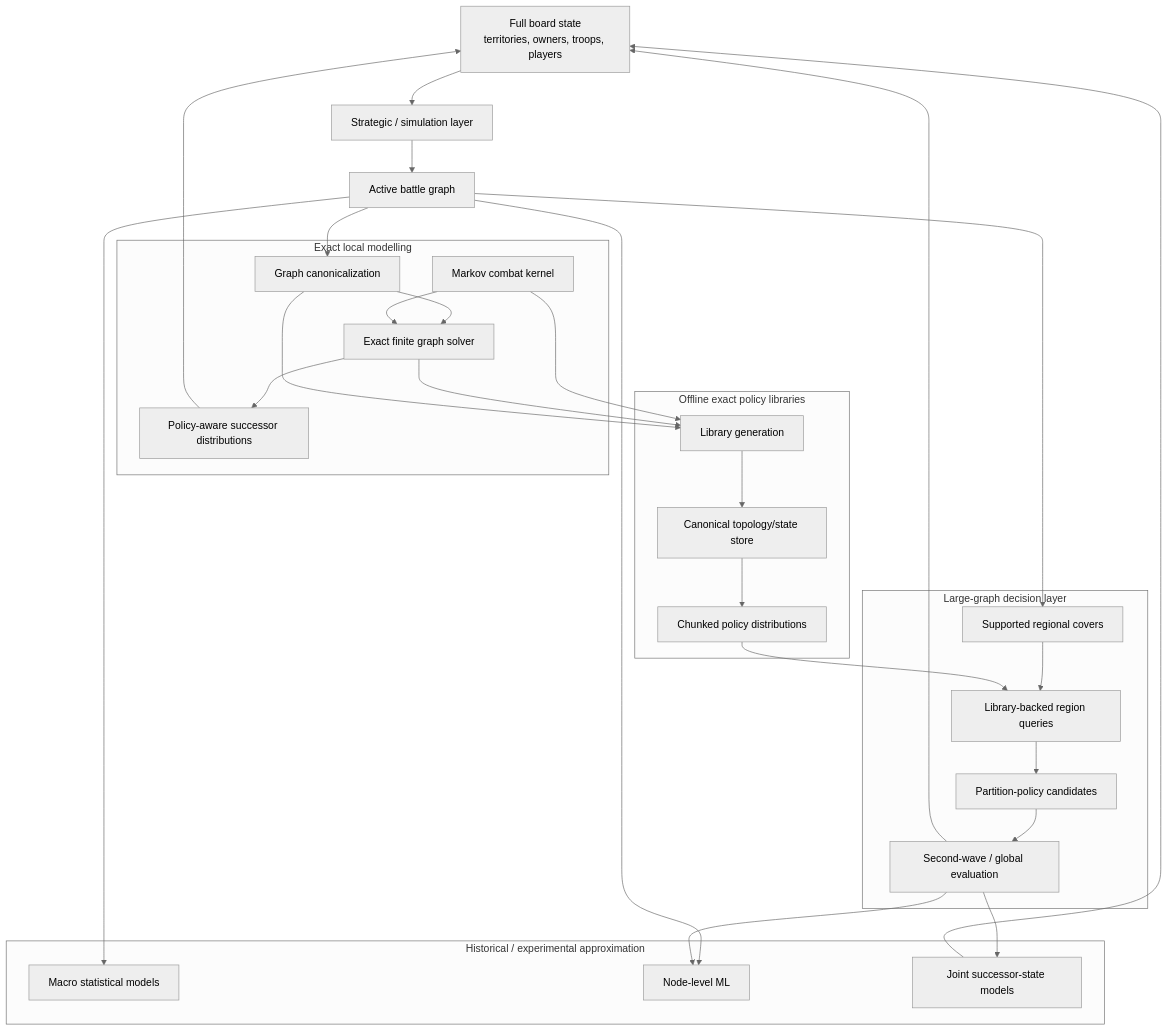
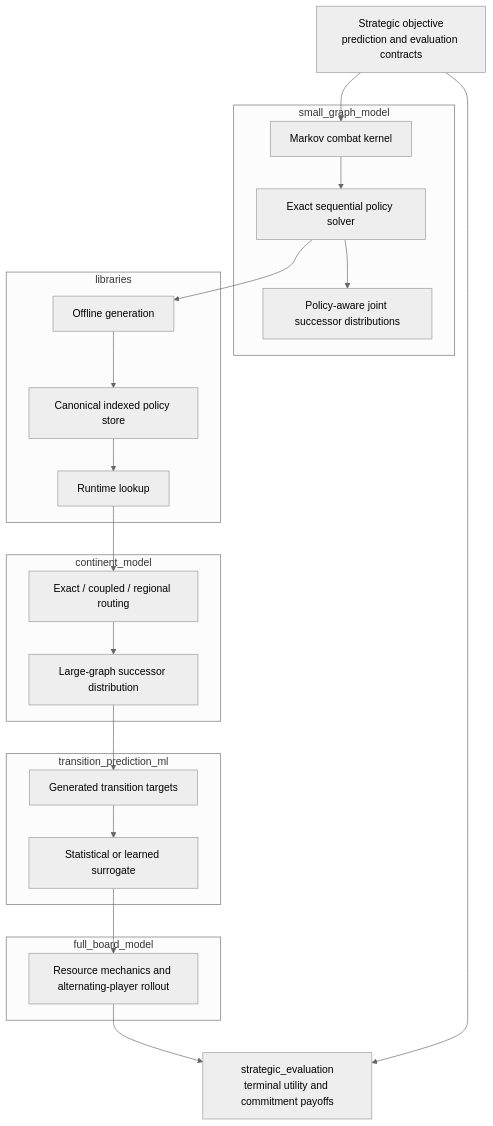
Before and after one commit to IkonRules/risk-strategy-optimization: the second of 4 diagrams in docs/architecture.md, drawn with Mermaid (neutral theme). The commit also changed other lines of this file and 3 other files, not shown here.

````diff
--- a/docs/architecture.md
+++ b/docs/architecture.md
@@ -34,61 +92,46 @@
 ```mermaid
 flowchart TD
-    B["Full board state<br/>territories, owners, troops, players"]
-    S["Strategic / simulation layer"]
-    G["Active battle graph"]
+    O["Strategic objective<br/>prediction and evaluation contracts"]
 
-    subgraph EXACT["Exact local modelling"]
-        M["Markov combat kernel"]
-        E["Exact finite graph solver"]
-        C["Graph canonicalization"]
-        P["Policy-aware successor distributions"]
+    subgraph SMALL["small_graph_model"]
+        C["Markov combat kernel"]
+        S["Exact sequential policy solver"]
+        P["Policy-aware joint successor distributions"]
     end
 
-    subgraph LIB["Offline exact policy libraries"]
-        L1["Library generation"]
-        L2["Canonical topology/state store"]
-        L3["Chunked policy distributions"]
+    subgraph LIB["libraries"]
+        G["Offline generation"]
+        I["Canonical indexed policy store"]
+        Q["Runtime lookup"]
     end
 
-    subgraph LARGE["Large-graph decision layer"]
-        R1["Supported regional covers"]
-        R2["Library-backed region queries"]
-        R3["Partition-policy candidates"]
-        R4["Second-wave / global evaluation"]
+    subgraph LARGE["continent_model"]
+        R["Exact / coupled / regional routing"]
+        D["Large-graph successor distribution"]
     end
 
-    subgraph APPROX["Historical / experimental approximation"]
-        A1["Macro statistical models"]
-        A2["Node-level ML"]
-        A3["Joint successor-state models"]
+    subgraph ML["transition_prediction_ml"]
+        T["Generated transition targets"]
+        K["Statistical or learned surrogate"]
     end
 
-    B --> S
+    subgraph FULL["full_board_model"]
+        F["Resource mechanics and alternating-player rollout"]
+    end
+
+    E["strategic_evaluation<br/>terminal utility and commitment payoffs"]
+
+    O --> C
+    C --> S
+    S --> P
     S --> G
-
-    G --> C
-    C --> E
-    M --> E
-    E --> P
-
-    M --> L1
-    E --> L1
-    C --> L1
-    L1 --> L2
-    L2 --> L3
-
-    G --> R1
-    R1 --> R2
-    L3 --> R2
-    R2 --> R3
-    R3 --> R4
-
-    G --> A1
-    G --> A2
-    R4 --> A2
-    R4 --> A3
-
-    P --> B
-    R4 --> B
-    A3 --> B
+    G --> I
+    I --> Q
+    Q --> R
+    R --> D
+    D --> T
+    T --> K
+    K --> F
+    F --> E
+    O --> E
 ```
````
